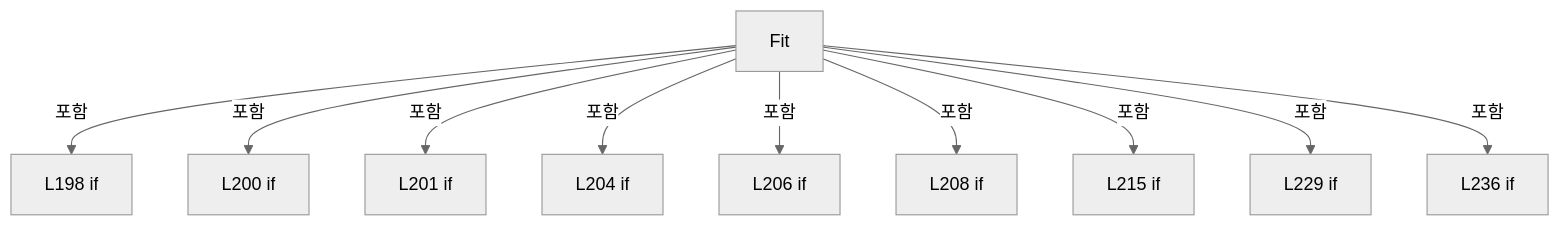
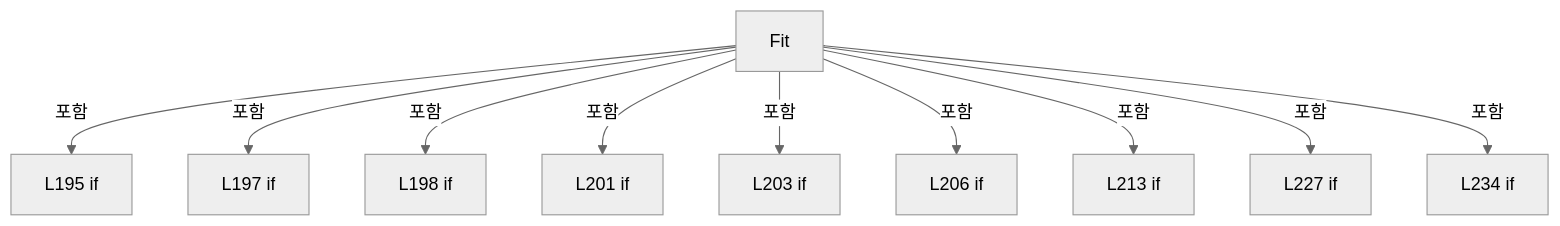
Diagram 14 of 16 in A3 LD Code Ref/files/Drilling.Common/Correction/CDefaultOffsetCalibration.cs.md (kjuws10-rgb/Shared), drawn with Mermaid (neutral theme) before and after one commit. The commit also changed other lines of this file and 2071 other files, not shown here.

Commit message:
docs(a3): update 11.19.0 architecture and code reference

````diff
--- a/A3 LD Code Ref/files/Drilling.Common/Correction/CDefaultOffsetCalibration.cs.md
+++ b/A3 LD Code Ref/files/Drilling.Common/Correction/CDefaultOffsetCalibration.cs.md
@@ -1451,22 +1451,22 @@
 ```mermaid
 flowchart TD
  M["Fit"]
- N0["L198 if"]
+ N0["L195 if"]
  M -->|포함| N0
- N1["L200 if"]
+ N1["L197 if"]
  M -->|포함| N1
- N2["L201 if"]
+ N2["L198 if"]
  M -->|포함| N2
- N3["L204 if"]
+ N3["L201 if"]
  M -->|포함| N3
- N4["L206 if"]
+ N4["L203 if"]
  M -->|포함| N4
- N5["L208 if"]
+ N5["L206 if"]
  M -->|포함| N5
- N6["L215 if"]
+ N6["L213 if"]
  M -->|포함| N6
- N7["L229 if"]
+ N7["L227 if"]
  M -->|포함| N7
- N8["L236 if"]
+ N8["L234 if"]
  M -->|포함| N8
 ```
````
